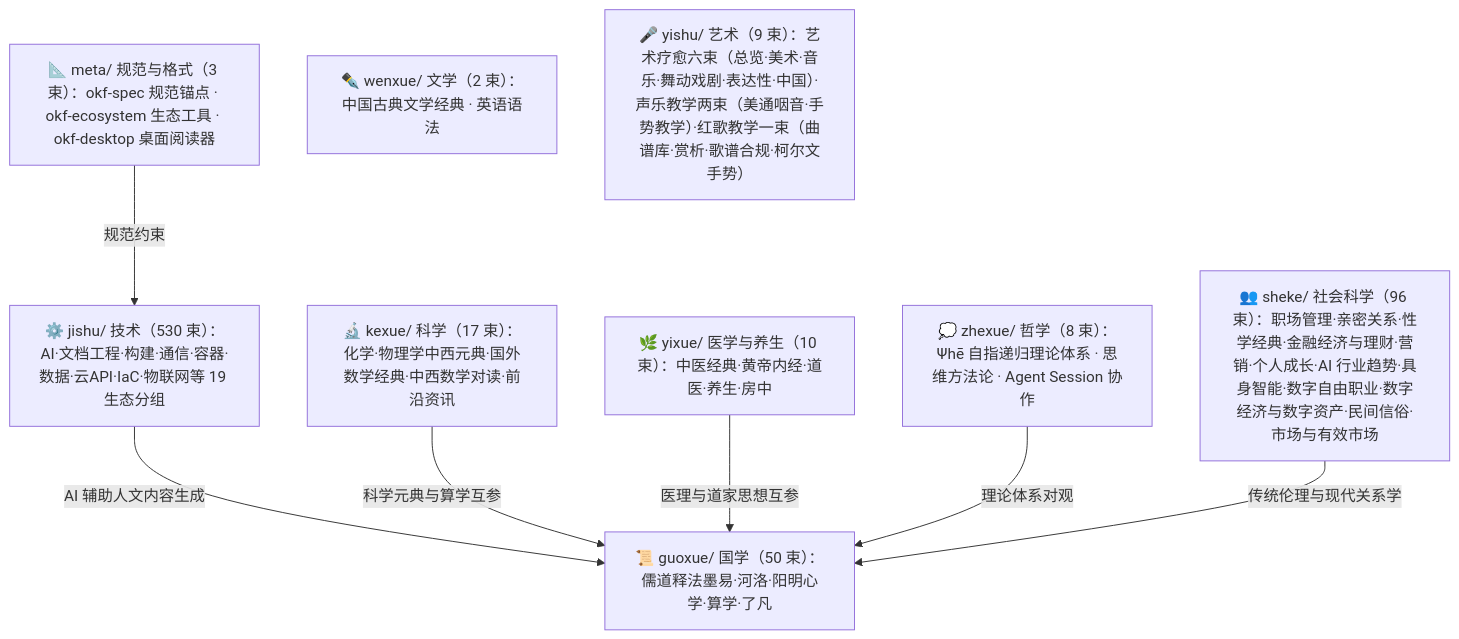
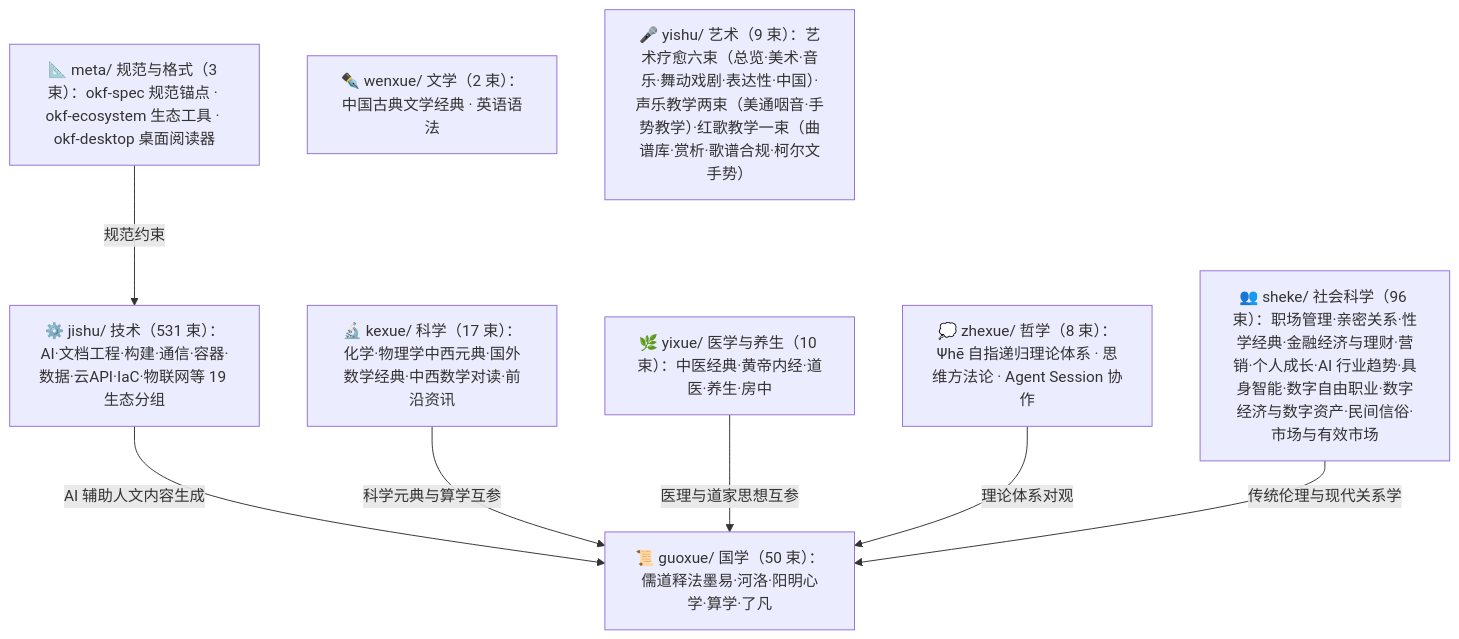
The diagram in doc/bundles/index.md (awesome-flexloop/awesome-okf), drawn with Mermaid before and after one commit. The commit also changed other lines of this file and 25 other files, not shown here.

````diff
--- a/doc/bundles/index.md
+++ b/doc/bundles/index.md
@@ -21,18 +21,18 @@
 ```mermaid
 flowchart TD
     meta["📐 meta/ 规范与格式（3 束）：okf-spec 规范锚点 · okf-ecosystem 生态工具 · okf-desktop 桌面阅读器"]
     guoxue["📜 guoxue/ 国学（50 束）：儒道释法墨易·河洛·阳明心学·算学·了凡"]
     zhexue["💭 zhexue/ 哲学（8 束）：Ψhē 自指递归理论体系 · 思维方法论 · Agent Session 协作"]
     kexue["🔬 kexue/ 科学（17 束）：化学·物理学中西元典·国外数学经典·中西数学对读·前沿资讯"]
     wenxue["✒️ wenxue/ 文学（2 束）：中国古典文学经典 · 英语语法"]
     yixue["🌿 yixue/ 医学与养生（10 束）：中医经典·黄帝内经·道医·养生·房中"]
     sheke["👥 sheke/ 社会科学（96 束）：职场管理·亲密关系·性学经典·金融经济与理财·营销·个人成长·AI 行业趋势·具身智能·数字自由职业·数字经济与数字资产·民间信俗·市场与有效市场"]
     yishu["🎤 yishu/ 艺术（9 束）：艺术疗愈六束（总览·美术·音乐·舞动戏剧·表达性·中国）·声乐教学两束（美通咽音·手势教学）·红歌教学一束（曲谱库·赏析·歌谱合规·柯尔文手势）"]
-    jishu["⚙️ jishu/ 技术（530 束）：AI·文档工程·构建·通信·容器·数据·云API·IaC·物联网等 19 生态分组"]
+    jishu["⚙️ jishu/ 技术（531 束）：AI·文档工程·构建·通信·容器·数据·云API·IaC·物联网等 19 生态分组"]
     meta -->|"规范约束"| jishu
     jishu -->|"AI 辅助人文内容生成"| guoxue
     kexue -->|"科学元典与算学互参"| guoxue
     yixue -->|"医理与道家思想互参"| guoxue
     zhexue -->|"理论体系对观"| guoxue
     sheke -->|"传统伦理与现代关系学"| guoxue
 ```
````
